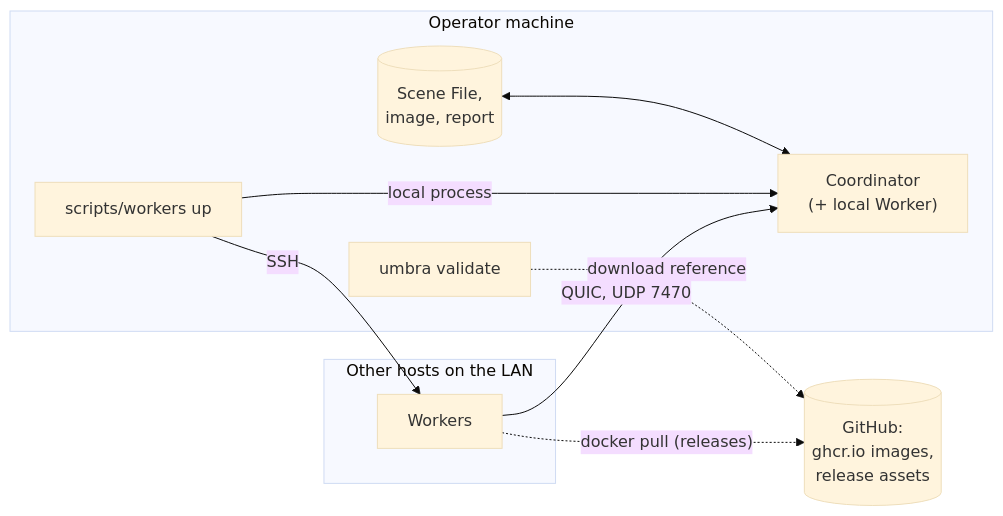
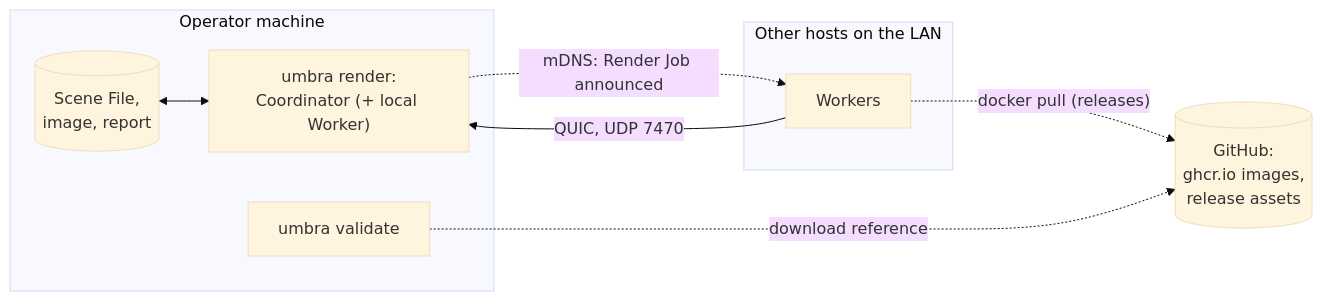
The second of 2 diagrams in docs/architecture/03-context-and-scope.md (sergioffpc/umbra), drawn with Mermaid (base theme) before and after one commit. The commit also changed other lines of this file and 17 other files, not shown here.

First line of the commit message:
docs: replace the launch script with plug-and-play workers

````diff
--- a/docs/architecture/03-context-and-scope.md
+++ b/docs/architecture/03-context-and-scope.md
@@ -35,19 +35,17 @@
 ```mermaid
 flowchart LR
     subgraph opm["Operator machine"]
         fs[("Scene File,<br/>image, report")]
-        script["scripts/workers up"]
-        coord["Coordinator<br/>(+ local Worker)"]
+        coord["umbra render:<br/>Coordinator (+ local Worker)"]
         val["umbra validate"]
     end
     subgraph hosts["Other hosts on the LAN"]
         w["Workers"]
     end
     gh[("GitHub:<br/>ghcr.io images,<br/>release assets")]
     fs <--> coord
-    script -- "local process" --> coord
-    script -- "SSH" --> w
+    coord -. "mDNS: Render Job announced" .-> w
     w -- "QUIC, UDP 7470" --> coord
     w -. "docker pull (releases)" .-> gh
     val -. "download reference" .-> gh
 ```
````
